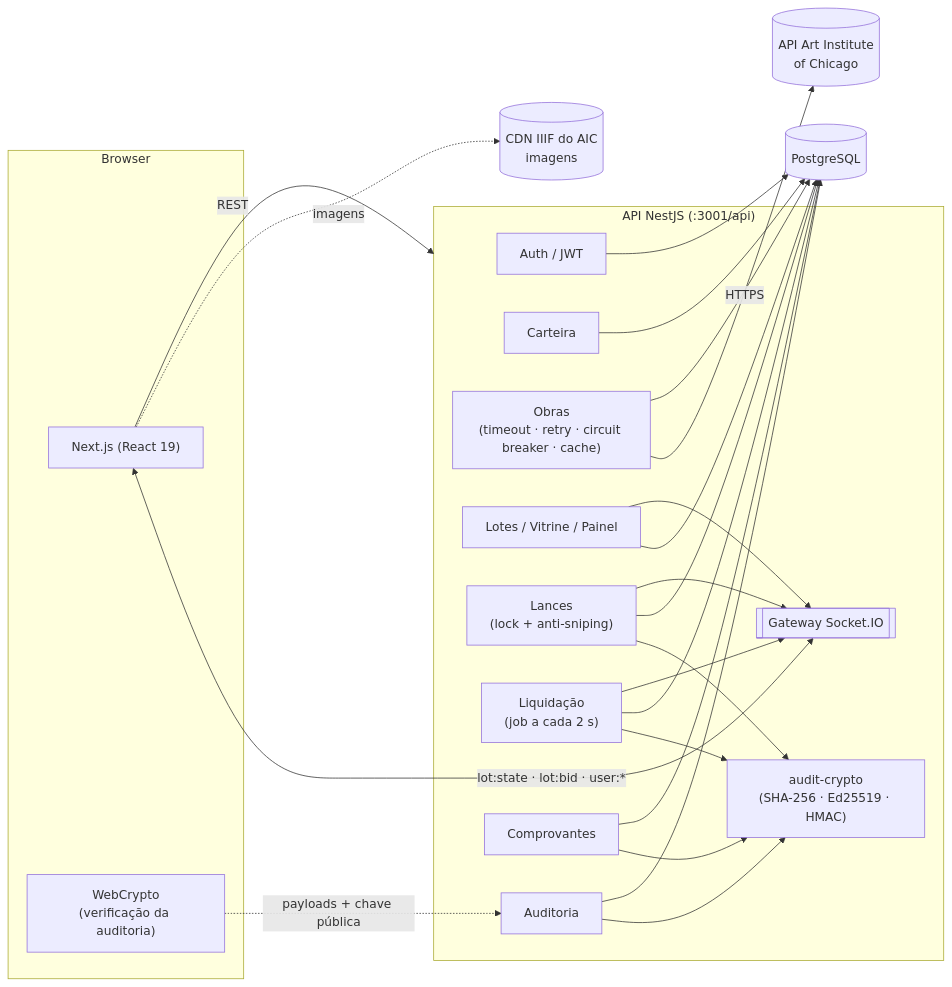
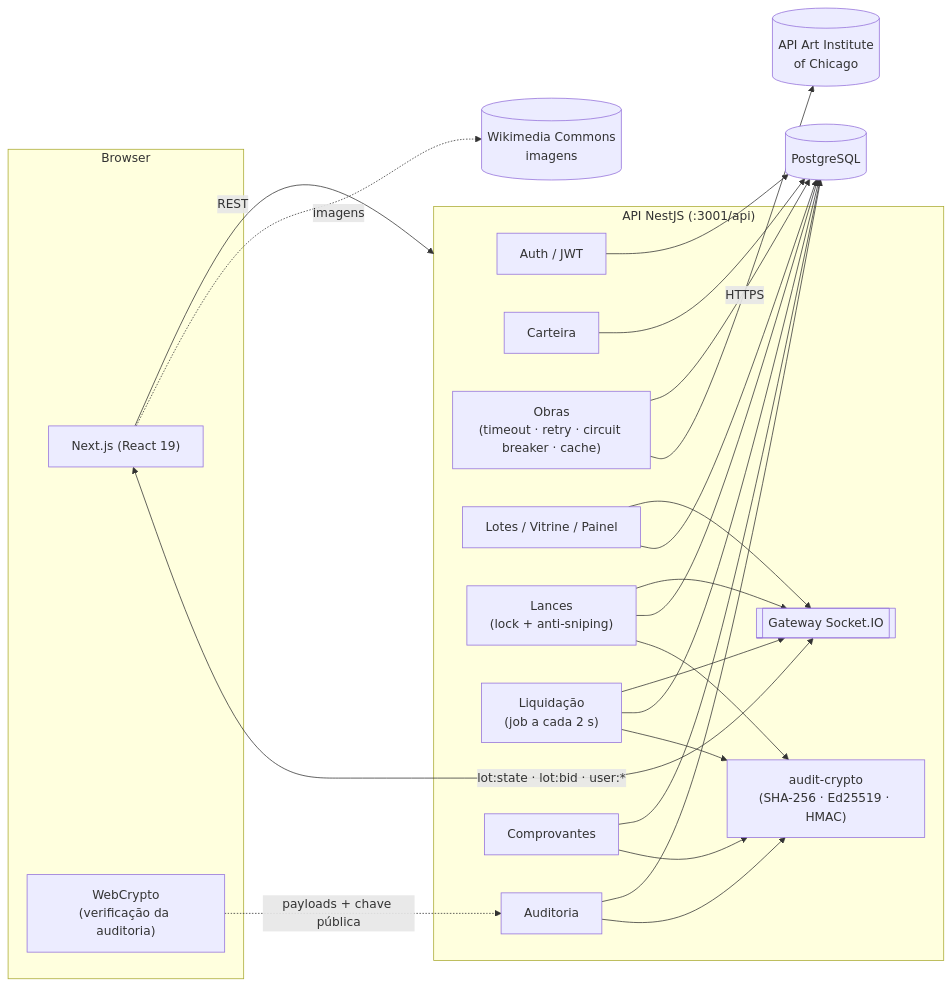
Before and after one commit to ranajuliadev-byte/casa-de-leiloes: the diagram in casa-de-leiloes/README.md, drawn with Mermaid. The commit also changed other lines of this file and 55 other files, not shown here.

````diff
--- a/casa-de-leiloes/README.md
+++ b/casa-de-leiloes/README.md
@@ -95,36 +95,36 @@
 ```mermaid
 flowchart LR
   subgraph Browser
     UI["Next.js (React 19)"]
     WC["WebCrypto<br/>(verificação da auditoria)"]
   end
 
   subgraph API["API NestJS (:3001/api)"]
     AUTH[Auth / JWT]
     WAL[Carteira]
     ART["Obras<br/>(timeout · retry · circuit breaker · cache)"]
     LOTS[Lotes / Vitrine / Painel]
     BIDS["Lances<br/>(lock + anti-sniping)"]
     SET["Liquidação<br/>(job a cada 2 s)"]
     AUD[Auditoria]
     REC[Comprovantes]
     RT[["Gateway Socket.IO"]]
     CRY["audit-crypto<br/>(SHA-256 · Ed25519 · HMAC)"]
   end
 
   DB[(PostgreSQL)]
   AIC[(API Art Institute<br/>of Chicago)]
-  CDN[(CDN IIIF do AIC<br/>imagens)]
+  CDN[(Wikimedia Commons<br/>imagens)]
 
   UI -- REST --> API
   UI <-- "lot:state · lot:bid · user:*" --> RT
   UI -. imagens .-> CDN
   WC -. payloads + chave pública .-> AUD
   ART -- HTTPS --> AIC
   BIDS --> CRY
   SET --> CRY
   AUD --> CRY
   REC --> CRY
   AUTH & WAL & ART & LOTS & BIDS & SET & AUD & REC --> DB
   BIDS & SET & LOTS --> RT
 ```
````
